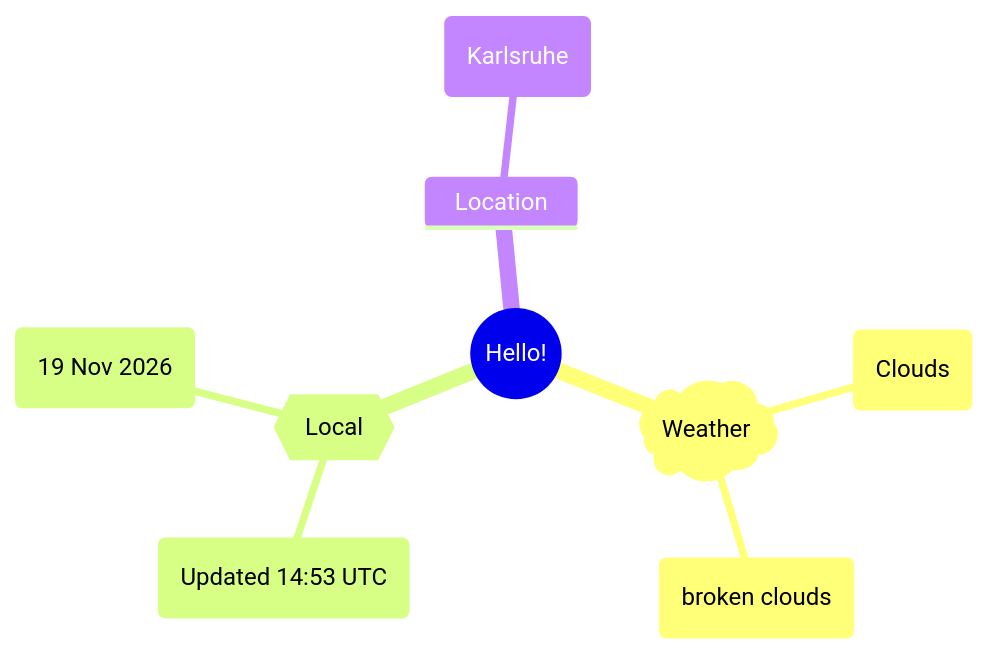
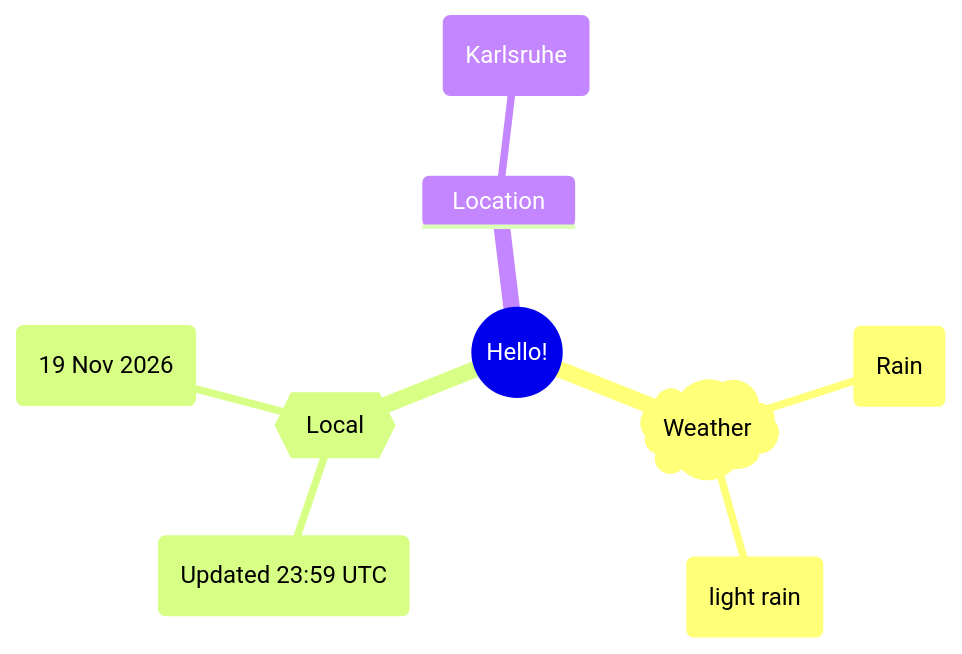
The first of 2 diagrams in README.md (Xosrov/Xosrov), drawn with Mermaid before and after one commit.

Commit message:
[bot] updated images

````diff
--- a/README.md
+++ b/README.md
@@ -3,12 +3,12 @@
 ```mermaid
 mindmap
   root((Hello!))
     )Weather(
-        (Clouds)
-        (broken clouds)
+        (Rain)
+        (light rain)
     {{Local}}
-        (Updated 14:53 UTC)
+        (Updated 23:59 UTC)
         (19 Nov 2026)
     Location
         (Karlsruhe)
 ```
````
